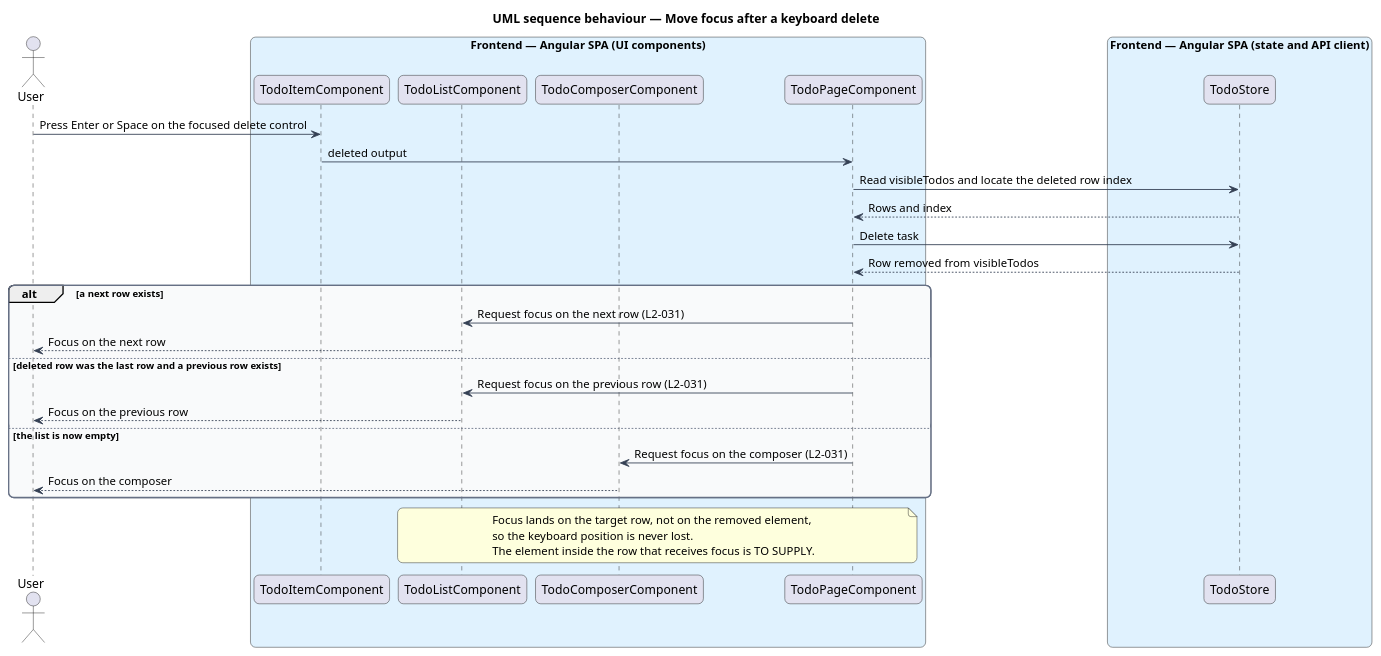
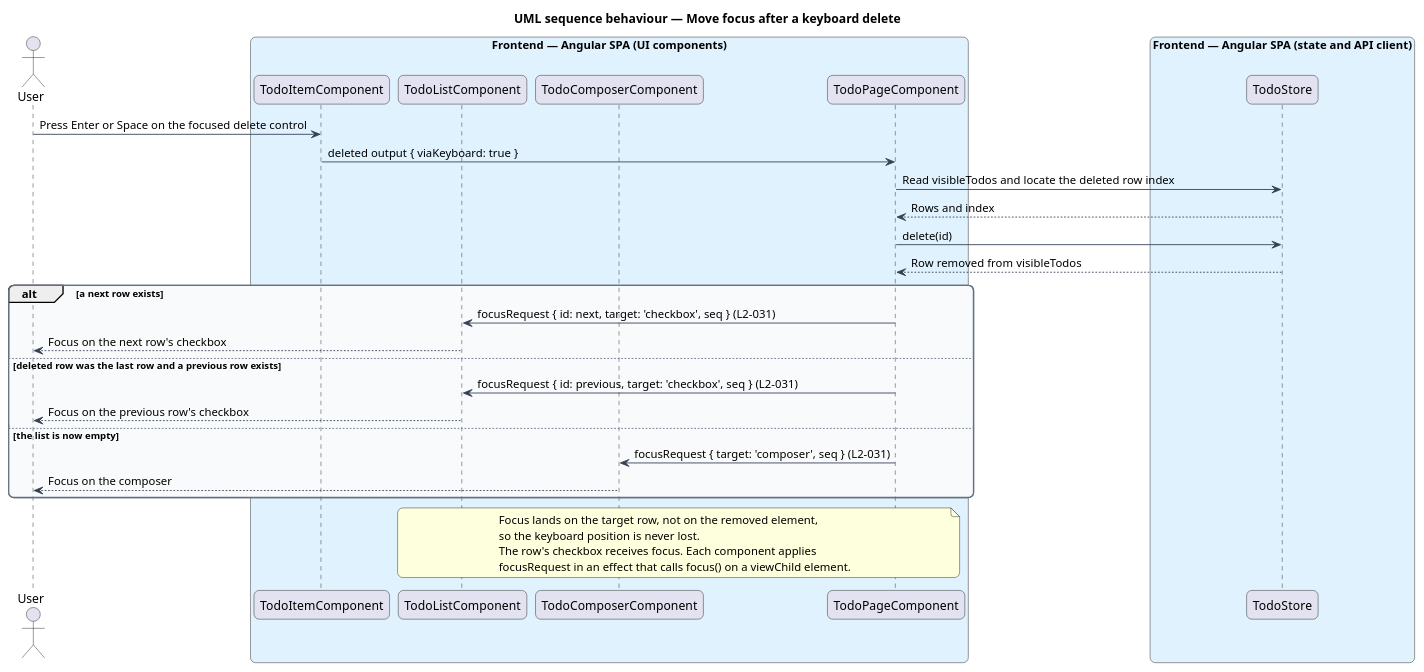
The diagram in docs/detailed-designs/interface/accessible-interface/diagrams/sequence-keyboard-delete-focus.puml (QuinntyneBrown/php-todo-lab), drawn with PlantUML before and after one commit. The commit also changed 189 other files, not shown here.

```diff
--- a/docs/detailed-designs/interface/accessible-interface/diagrams/sequence-keyboard-delete-focus.puml
+++ b/docs/detailed-designs/interface/accessible-interface/diagrams/sequence-keyboard-delete-focus.puml
@@ -1,48 +1,49 @@
 @startuml
 title UML sequence behaviour — Move focus after a keyboard delete
 skinparam backgroundColor #FFFFFF
 skinparam shadowing false
 skinparam roundcorner 12
 skinparam defaultFontName Arial
 skinparam ArrowColor #344054
 skinparam rectangle {
   BorderColor #344054
   FontColor #101828
 }
 skinparam package {
   BorderColor #667085
   FontColor #101828
   BackgroundColor #F9FAFB
 }
 actor "User" as user
 box "Frontend — Angular SPA (UI components)" #E0F2FE
   participant "TodoItemComponent" as item
   participant "TodoListComponent" as list
   participant "TodoComposerComponent" as composer
   participant "TodoPageComponent" as page
 end box
 box "Frontend — Angular SPA (state and API client)" #E0F2FE
   participant "TodoStore" as store
 end box
 user -> item : Press Enter or Space on the focused delete control
-item -> page : deleted output
+item -> page : deleted output { viaKeyboard: true }
 page -> store : Read visibleTodos and locate the deleted row index
 store --> page : Rows and index
-page -> store : Delete task
+page -> store : delete(id)
 store --> page : Row removed from visibleTodos
 alt a next row exists
-  page -> list : Request focus on the next row (L2-031)
-  list --> user : Focus on the next row
+  page -> list : focusRequest { id: next, target: 'checkbox', seq } (L2-031)
+  list --> user : Focus on the next row's checkbox
 else deleted row was the last row and a previous row exists
-  page -> list : Request focus on the previous row (L2-031)
-  list --> user : Focus on the previous row
+  page -> list : focusRequest { id: previous, target: 'checkbox', seq } (L2-031)
+  list --> user : Focus on the previous row's checkbox
 else the list is now empty
-  page -> composer : Request focus on the composer (L2-031)
+  page -> composer : focusRequest { target: 'composer', seq } (L2-031)
   composer --> user : Focus on the composer
 end
 note over page, list
   Focus lands on the target row, not on the removed element,
   so the keyboard position is never lost.
-  The element inside the row that receives focus is TO SUPPLY.
+  The row's checkbox receives focus. Each component applies
+  focusRequest in an effect that calls focus() on a viewChild element.
 end note
 @enduml
```
